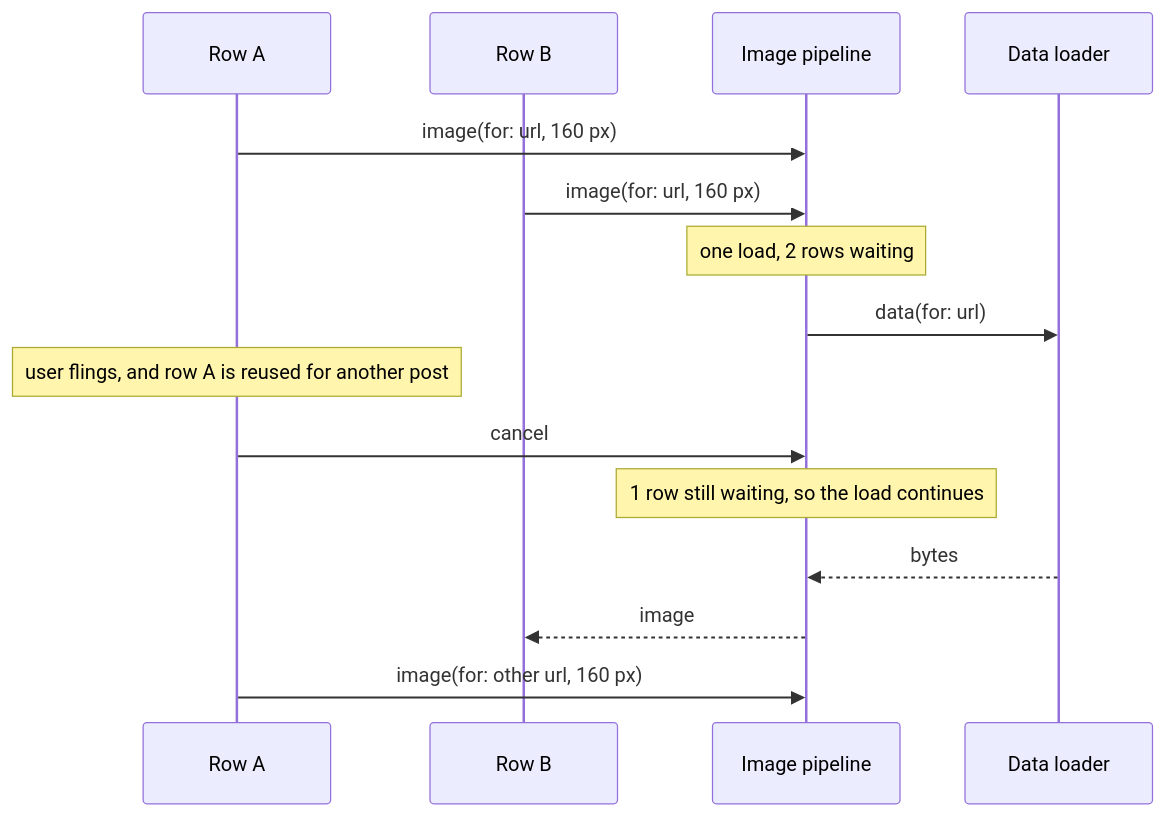
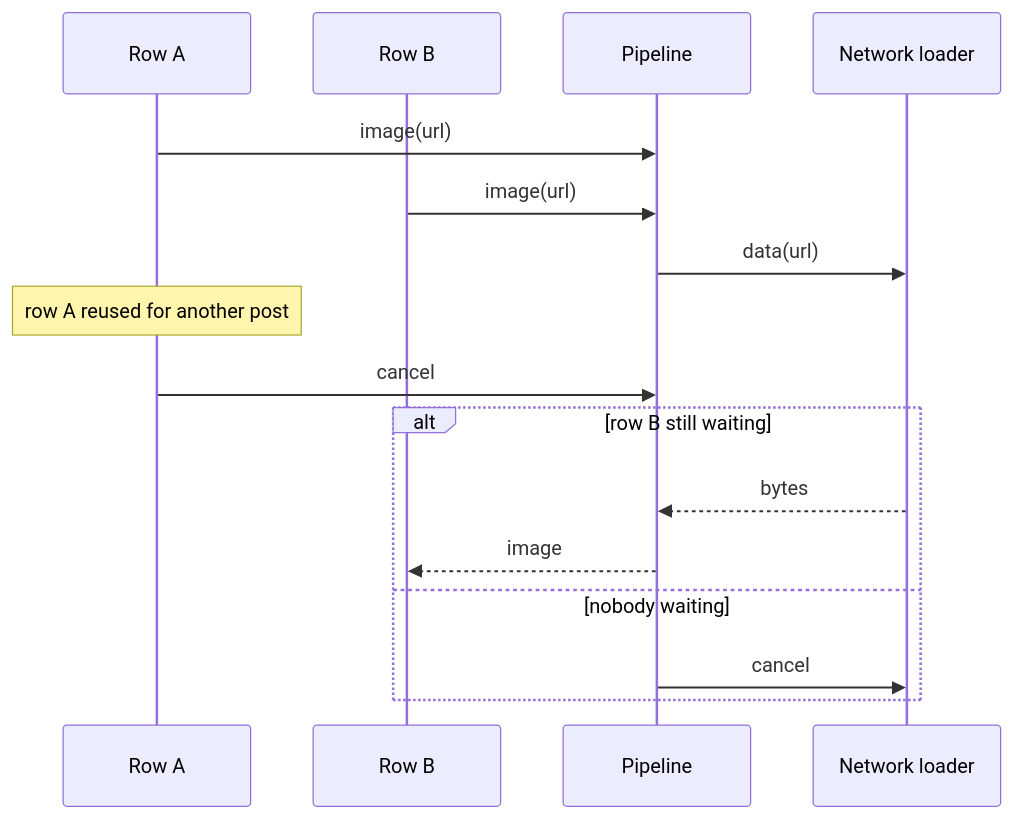
Before and after one commit to rezabina86/reference-desk: the third of 3 diagrams in topics/system-design/01-image-loading-and-caching-library.md, drawn with Mermaid. The commit also changed other lines of this file and 5 other files, not shown here.

````diff
--- a/topics/system-design/01-image-loading-and-caching-library.md
+++ b/topics/system-design/01-image-loading-and-caching-library.md
@@ -426,17 +335,18 @@
 ```mermaid
 sequenceDiagram
   participant A as Row A
   participant B as Row B
-  participant P as Image pipeline
-  participant L as Data loader
-  A->>P: image(for: url, 160 px)
-  B->>P: image(for: url, 160 px)
-  Note over P: one load, 2 rows waiting
-  P->>L: data(for: url)
-  Note over A: user flings, and row A is reused for another post
+  participant P as Pipeline
+  participant L as Network loader
+  A->>P: image(url)
+  B->>P: image(url)
+  P->>L: data(url)
+  Note over A: row A reused for another post
   A->>P: cancel
-  Note over P: 1 row still waiting, so the load continues
-  L-->>P: bytes
-  P-->>B: image
-  A->>P: image(for: other url, 160 px)
+  alt row B still waiting
+    L-->>P: bytes
+    P-->>B: image
+  else nobody waiting
+    P->>L: cancel
+  end
 ```
````
